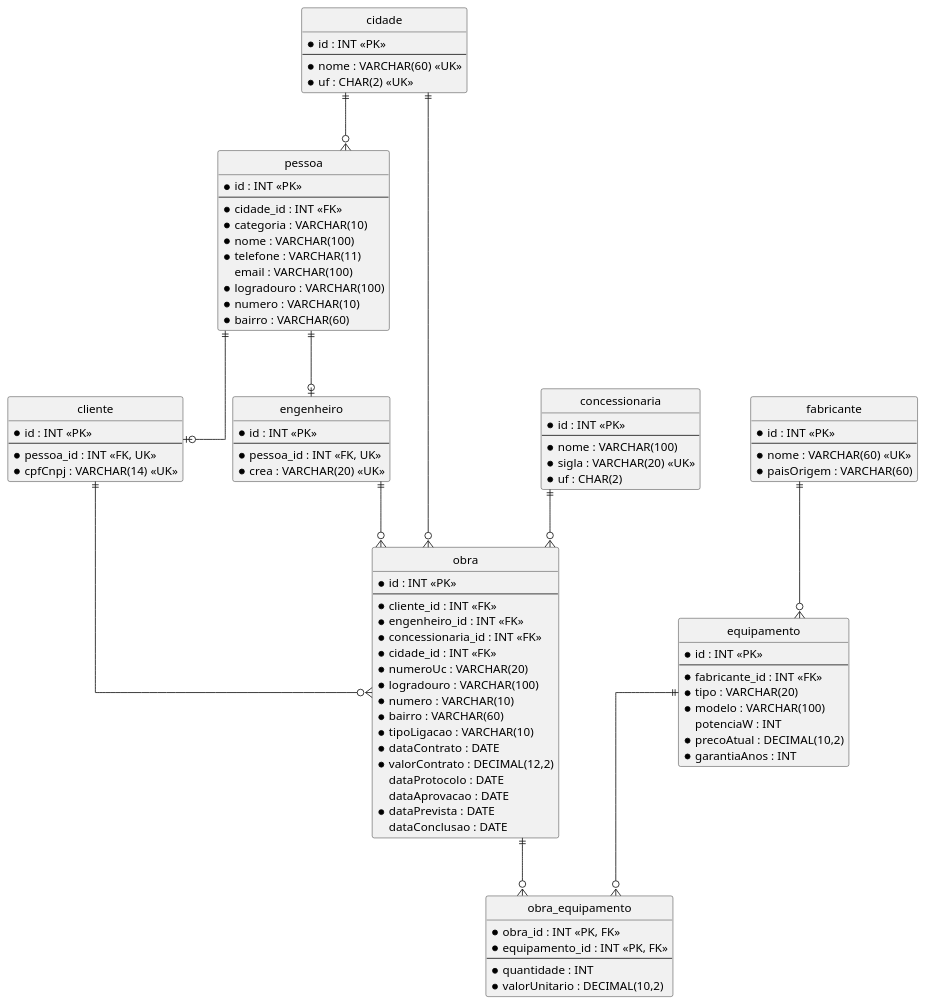
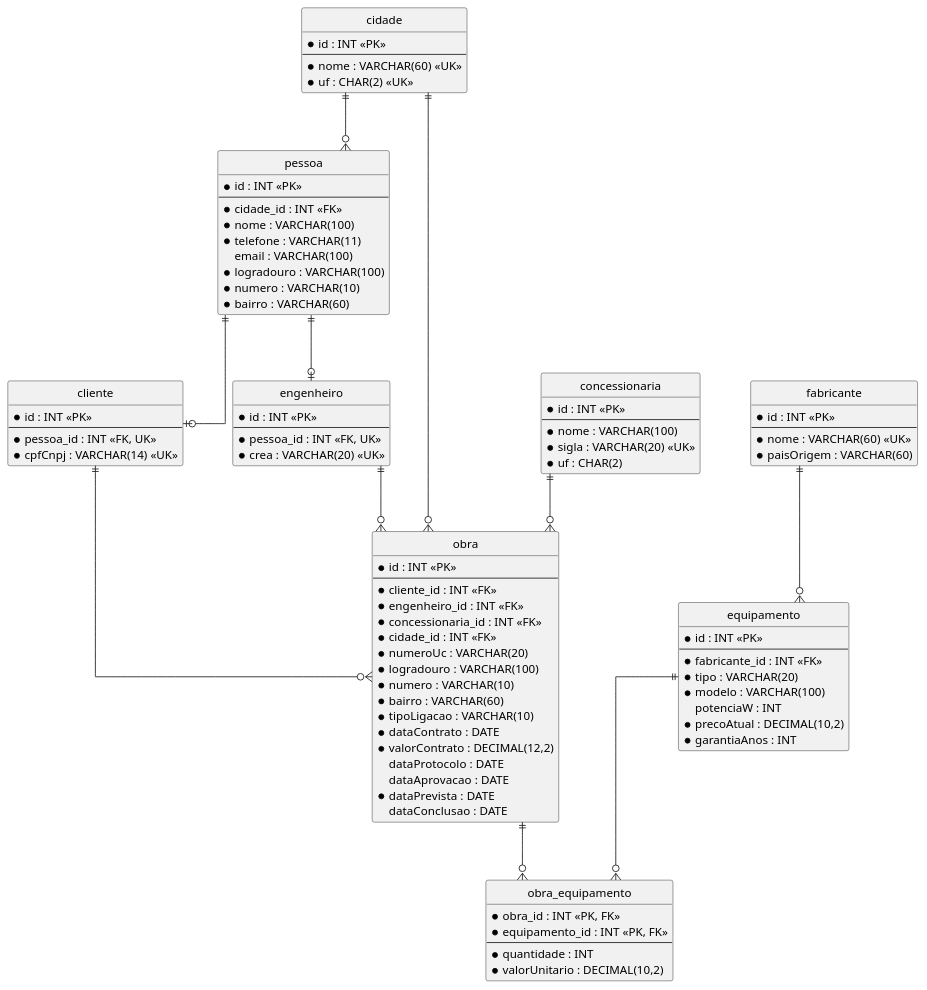
One commit to christianoeds/gestao_fotovoltaica changed the diagram in documentacao/modelo_logico.puml. Above: the diagram before and after it, drawn with PlantUML. The commit also changed 12 other files, not shown here.

```diff
--- a/documentacao/modelo_logico.puml
+++ b/documentacao/modelo_logico.puml
@@ -1,121 +1,120 @@
 @startuml modelo_logico
 ' Modelo lógico (notação pé de galinha): Gestão Fotovoltaica
 ' Para gerar a imagem: plugin PlantUML do PhpStorm (requer Graphviz).
 '
 ' Legenda:  * = obrigatório (NOT NULL)   PK = chave primária   FK = chave estrangeira   UK = único
 
 hide circle
 hide empty methods
 skinparam linetype ortho
 skinparam nodesep 60
 skinparam ranksep 70
 
 entity "cidade" as cidade {
   * id : INT <<PK>>
   --
   * nome : VARCHAR(60) <<UK>>
   * uf : CHAR(2) <<UK>>
 }
 
 ' ---------- Herança: pessoa e suas especializações ----------
 
 entity "pessoa" as pessoa {
   * id : INT <<PK>>
   --
   * cidade_id : INT <<FK>>
-  * categoria : VARCHAR(10)
   * nome : VARCHAR(100)
   * telefone : VARCHAR(11)
     email : VARCHAR(100)
   * logradouro : VARCHAR(100)
   * numero : VARCHAR(10)
   * bairro : VARCHAR(60)
 }
 
 entity "cliente" as cliente {
   * id : INT <<PK>>
   --
   * pessoa_id : INT <<FK, UK>>
   * cpfCnpj : VARCHAR(14) <<UK>>
 }
 
 entity "engenheiro" as engenheiro {
   * id : INT <<PK>>
   --
   * pessoa_id : INT <<FK, UK>>
   * crea : VARCHAR(20) <<UK>>
 }
 
 ' ---------- Demais tabelas ----------
 
 entity "concessionaria" as concessionaria {
   * id : INT <<PK>>
   --
   * nome : VARCHAR(100)
   * sigla : VARCHAR(20) <<UK>>
   * uf : CHAR(2)
 }
 
 entity "obra" as obra {
   * id : INT <<PK>>
   --
   * cliente_id : INT <<FK>>
   * engenheiro_id : INT <<FK>>
   * concessionaria_id : INT <<FK>>
   * cidade_id : INT <<FK>>
   * numeroUc : VARCHAR(20)
   * logradouro : VARCHAR(100)
   * numero : VARCHAR(10)
   * bairro : VARCHAR(60)
   * tipoLigacao : VARCHAR(10)
   * dataContrato : DATE
   * valorContrato : DECIMAL(12,2)
     dataProtocolo : DATE
     dataAprovacao : DATE
   * dataPrevista : DATE
     dataConclusao : DATE
 }
 
 entity "fabricante" as fabricante {
   * id : INT <<PK>>
   --
   * nome : VARCHAR(60) <<UK>>
   * paisOrigem : VARCHAR(60)
 }
 
 entity "equipamento" as equipamento {
   * id : INT <<PK>>
   --
   * fabricante_id : INT <<FK>>
   * tipo : VARCHAR(20)
   * modelo : VARCHAR(100)
     potenciaW : INT
   * precoAtual : DECIMAL(10,2)
   * garantiaAnos : INT
 }
 
 entity "obra_equipamento" as obra_equipamento {
   * obra_id : INT <<PK, FK>>
   * equipamento_id : INT <<PK, FK>>
   --
   * quantidade : INT
   * valorUnitario : DECIMAL(10,2)
 }
 
 ' Herança (1:1 opcional do lado da especialização)
 pessoa ||--o| cliente
 pessoa ||--o| engenheiro
 
 ' Relacionamentos
 cidade ||--o{ pessoa
 cidade ||--o{ obra
 
 cliente        ||--o{ obra
 engenheiro     ||--o{ obra
 concessionaria ||--o{ obra
 
 fabricante  ||--o{ equipamento
 obra        ||--o{ obra_equipamento
 equipamento ||--o{ obra_equipamento
 
 @enduml
```
